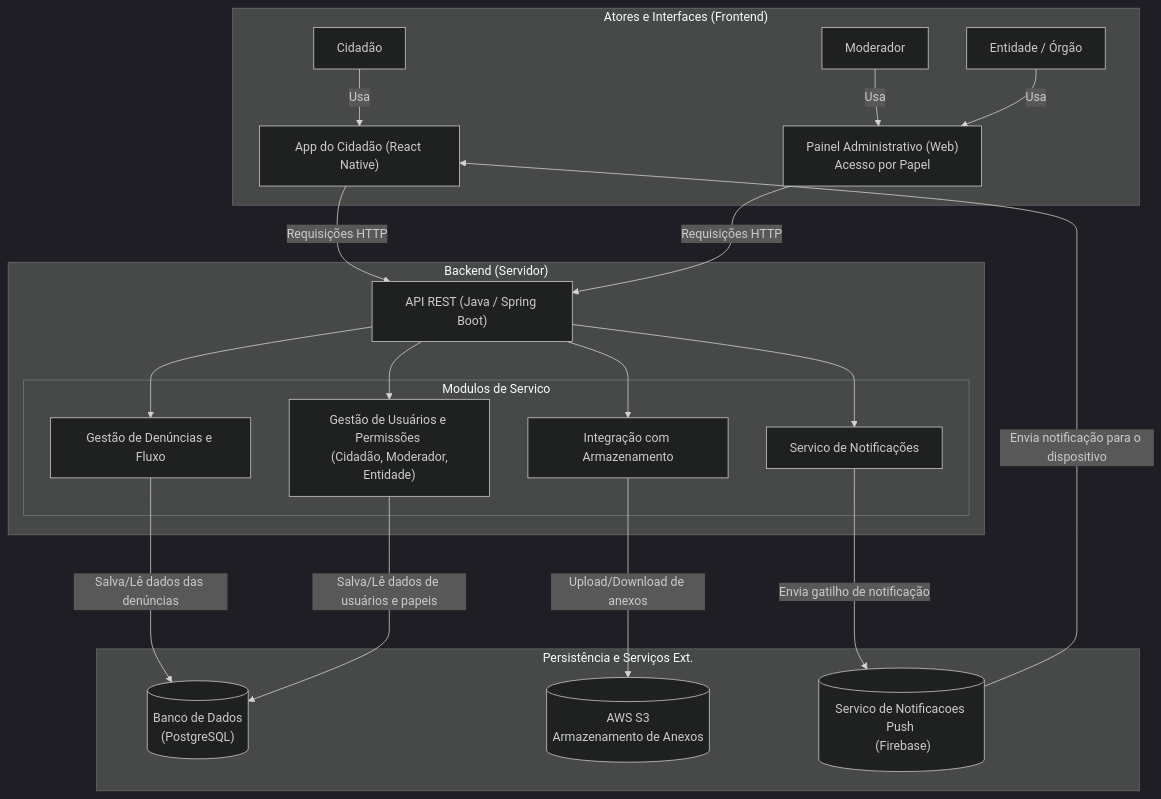
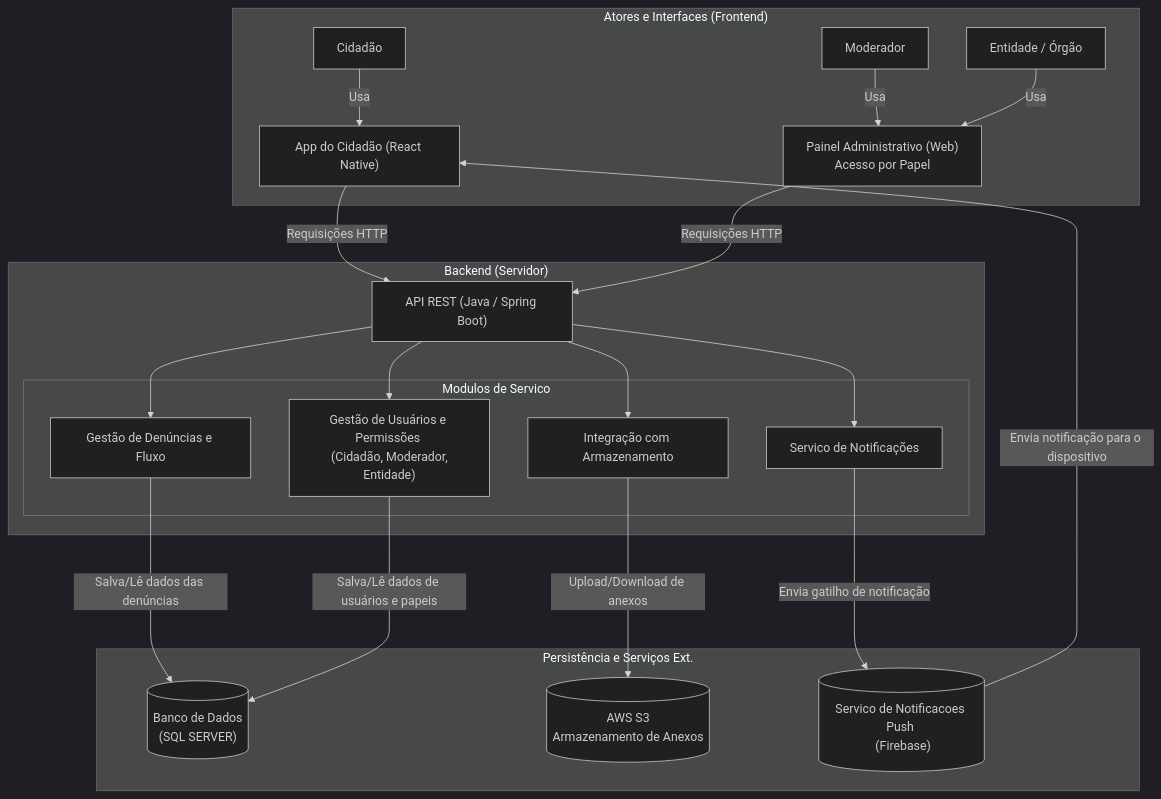
Before and after one commit to rafa-alves6/Reclama.se-AOO: the diagram in Diagramas/architectureDiagram.md, drawn with Mermaid (dark theme).

````diff
--- a/Diagramas/architectureDiagram.md
+++ b/Diagramas/architectureDiagram.md
@@ -1,40 +1,40 @@
 ```mermaid
 graph TD
     subgraph "Atores e Interfaces (Frontend)"
         A["Cidadão"] -- "Usa" --> AppCidadao["App do Cidadão (React Native)"]
         B["Moderador"] -- "Usa" --> PainelAdmin["Painel Administrativo (Web) <br> Acesso por Papel"]
         D["Entidade / Órgão"] -- "Usa" --> PainelAdmin
     end
 
     subgraph "Backend (Servidor)"
         API["API REST (Java / Spring Boot)"]
         
         subgraph "Modulos de Servico"
             S1["Gestão de Denúncias e Fluxo"]
             S2["Gestão de Usuários e Permissões <br> (Cidadão, Moderador, Entidade)"]
             S3["Servico de Notificações"]
             S4["Integração com Armazenamento"]
         end
     end
 
     subgraph "Persistência e Serviços Ext."
-        DB[("Banco de Dados <br> (PostgreSQL)")]
+        DB[("Banco de Dados <br> (SQL SERVER)")]
         S3Bucket[("AWS S3 <br> Armazenamento de Anexos")]
         PushService[("Servico de Notificacoes Push <br> (Firebase)")]
     end
 
     %% Conexoes
     AppCidadao -- "Requisições HTTP" --> API
     PainelAdmin -- "Requisições HTTP" --> API
 
     API --> S1 & S2 & S3 & S4
 
     S1 -- "Salva/Lê dados das denúncias" ---> DB
     S2 -- "Salva/Lê dados de usuários e papeis" ---> DB
     
     S4 -- "Upload/Download de anexos" ---> S3Bucket
     
     S3 -- "Envia gatilho de notificação" ---> PushService
 
     PushService -- "Envia notificação para o dispositivo" --> AppCidadao
 ```
````
